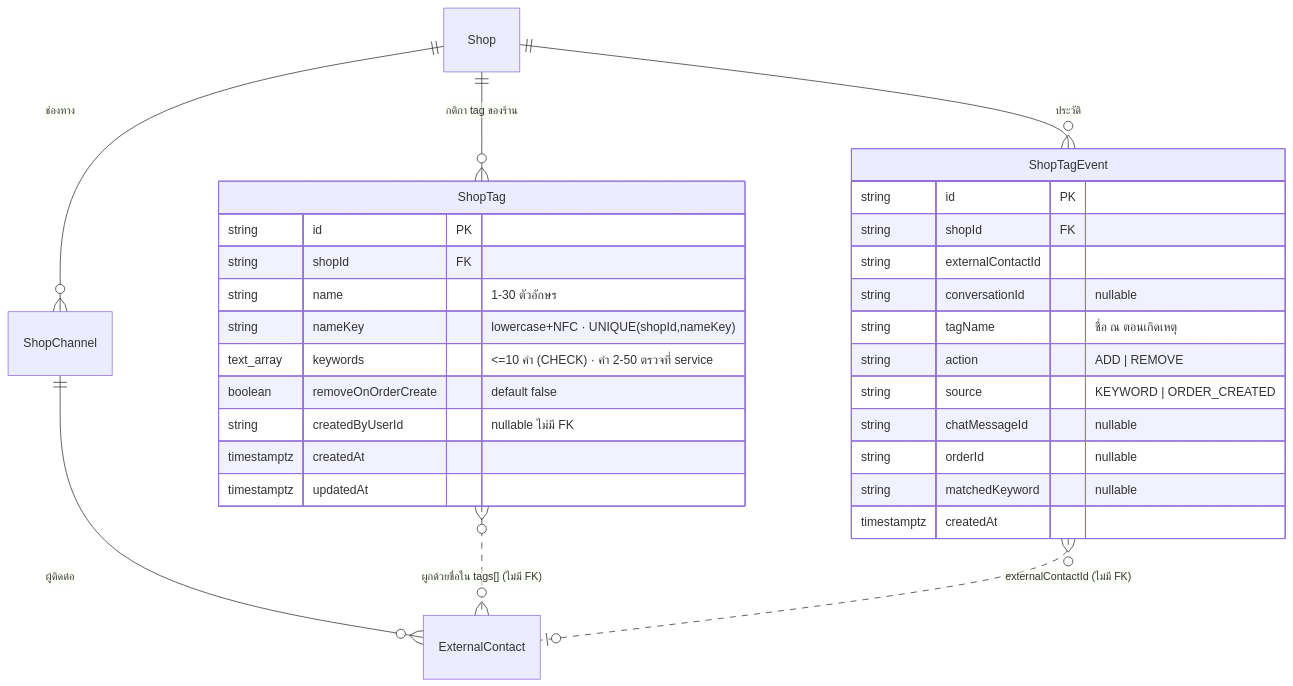
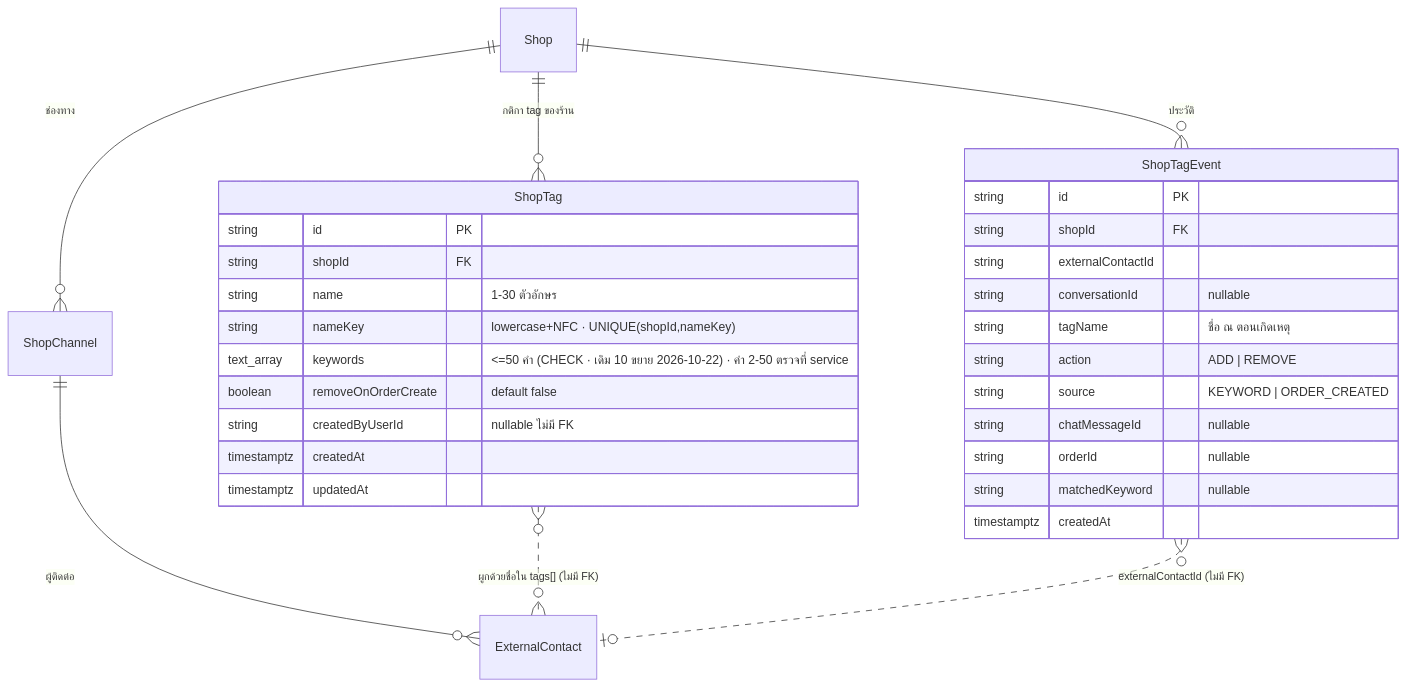
Before and after one commit to CodeCooLTH/deep-web: the diagram in docs/20 - Features/00083 - Auto Tag By Keyword/DATABASE.md, drawn with Mermaid. The commit also changed 15 other files, not shown here.

````diff
--- a/docs/20 - Features/00083 - Auto Tag By Keyword/DATABASE.md
+++ b/docs/20 - Features/00083 - Auto Tag By Keyword/DATABASE.md
@@ -23,34 +23,34 @@
 ```mermaid
 erDiagram
     Shop ||--o{ ShopTag : "กติกา tag ของร้าน"
     Shop ||--o{ ShopTagEvent : "ประวัติ"
     ShopChannel ||--o{ ExternalContact : "ผู้ติดต่อ"
     Shop ||--o{ ShopChannel : "ช่องทาง"
     ShopTag }o..o{ ExternalContact : "ผูกด้วยชื่อใน tags[] (ไม่มี FK)"
     ShopTagEvent }o..o| ExternalContact : "externalContactId (ไม่มี FK)"
 
     ShopTag {
         string id PK
         string shopId FK
         string name "1-30 ตัวอักษร"
         string nameKey "lowercase+NFC · UNIQUE(shopId,nameKey)"
-        text_array keywords "<=10 คำ (CHECK) · คำ 2-50 ตรวจที่ service"
+        text_array keywords "<=50 คำ (CHECK · เดิม 10 ขยาย 2026-10-22) · คำ 2-50 ตรวจที่ service"
         boolean removeOnOrderCreate "default false"
         string createdByUserId "nullable ไม่มี FK"
         timestamptz createdAt
         timestamptz updatedAt
     }
     ShopTagEvent {
         string id PK
         string shopId FK
         string externalContactId
         string conversationId "nullable"
         string tagName "ชื่อ ณ ตอนเกิดเหตุ"
         string action "ADD | REMOVE"
         string source "KEYWORD | ORDER_CREATED"
         string chatMessageId "nullable"
         string orderId "nullable"
         string matchedKeyword "nullable"
         timestamptz createdAt
     }
 ```
````
